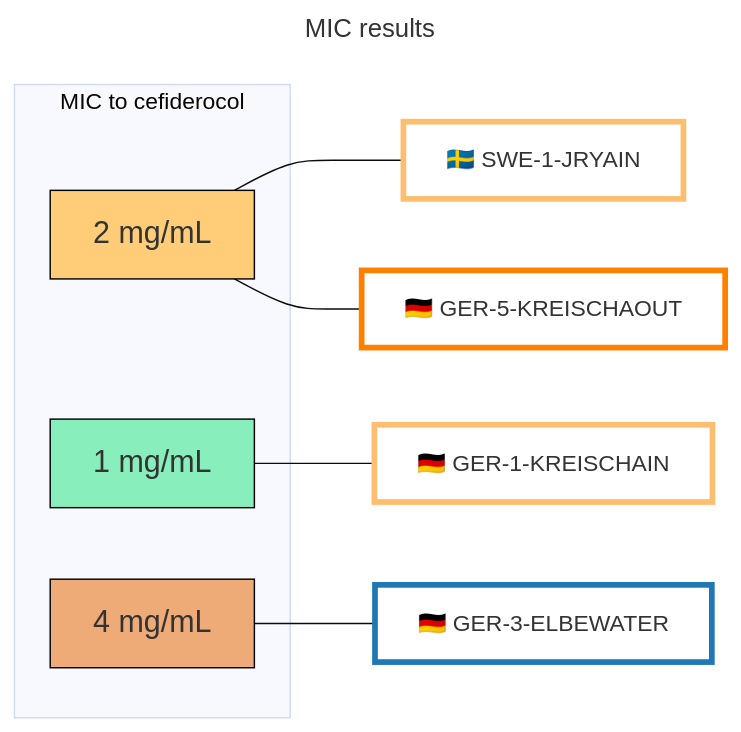
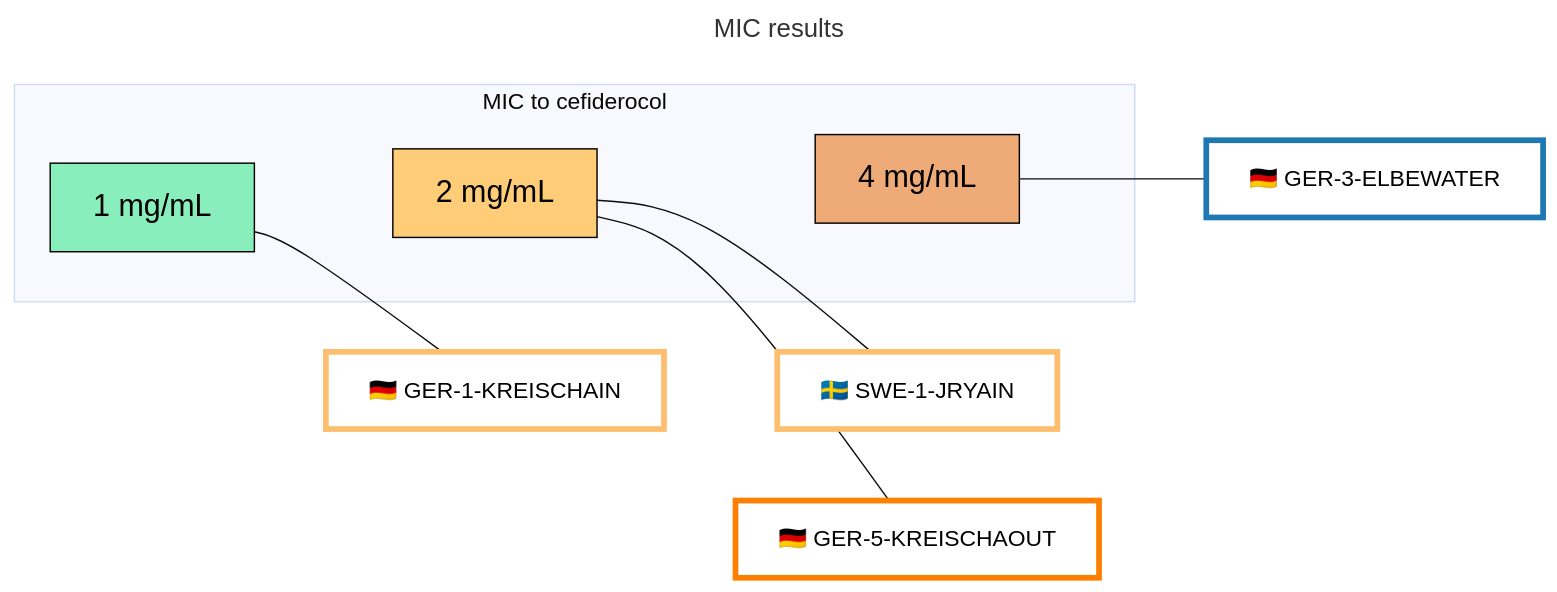
One commit to RemiGSC/Mgf_FDC changed the second of 2 diagrams in README.md. Above: the diagram before and after it, drawn with Mermaid (base theme). The commit also changed other lines of this file, not shown here.

````diff
--- a/README.md
+++ b/README.md
@@ -77,27 +77,29 @@
 ```mermaid
 ---
 title: MIC results
 ---
 
 graph LR
-		subgraph MIC [MIC to cefiderocol]
-			Two[2 mg/mL]
-			One[1 mg/mL]
-			Four[4 mg/mL]
-		end
+	subgraph MIC [MIC to cefiderocol]
+		Two[2 mg/mL]
+		One[1 mg/mL]
+		Four[4 mg/mL]
+		One ~~~ Two ~~~ Four
+	end
 
 Two[2 mg/mL] --- C1[🇸🇪 SWE-1-JRYAIN]
 One[1 mg/mL] --- C3a[🇩🇪 GER-1-KREISCHAIN]
 Four[4 mg/mL] --- C3b[🇩🇪 GER-3-ELBEWATER]
 Two --- C3c[🇩🇪 GER-5-KREISCHAOUT]
 
-style One stroke:#000,fill:#8eb,font-size:110%
-style Two stroke:#000,fill:#fc7,font-size:110%
-style Four stroke:#000,fill:#ea7,font-size:110%
 
-style C1 stroke:#fdbf6f,fill:#fff,stroke-width:4px
-style C3a stroke:#fdbf6f,fill:#fff,stroke-width:4px
-style C3b stroke:#1f78b4,fill:#fff,stroke-width:4px
-style C3c stroke:#ff7f00,fill:#fff,stroke-width:4px
+style One stroke:#000,fill:#8eb,font-size:110%,color:#000
+style Two stroke:#000,fill:#fc7,font-size:110%,color:#000
+style Four stroke:#000,fill:#ea7,font-size:110%,color:#000
+
+style C1 stroke:#fdbf6f,fill:#fff,color:#000,stroke-width:4px
+style C3a stroke:#fdbf6f,fill:#fff,color:#000,stroke-width:4px
+style C3b stroke:#1f78b4,fill:#fff,color:#000,stroke-width:4px
+style C3c stroke:#ff7f00,fill:#fff,color:#000,stroke-width:4px
 
 ```
````
